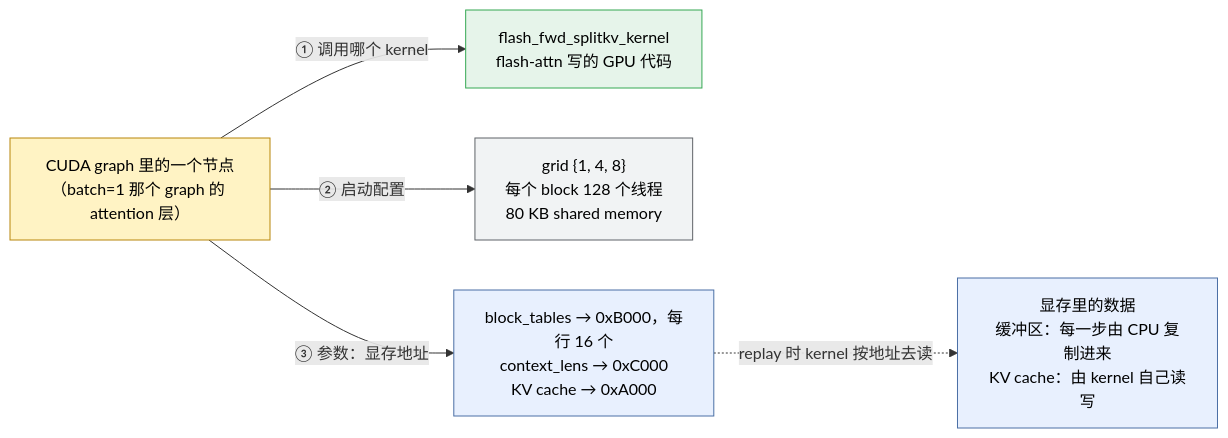
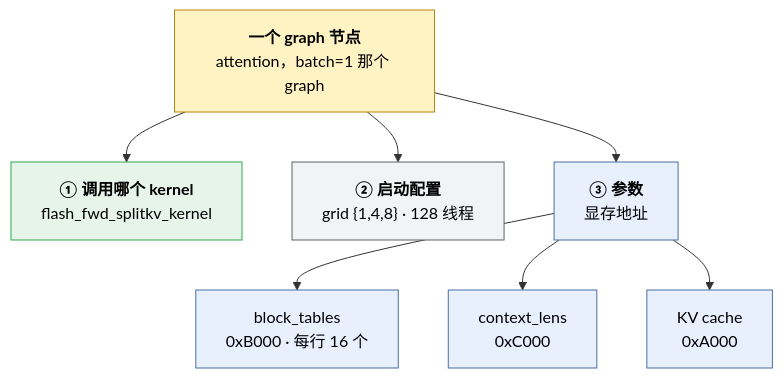
The first of 3 diagrams in notes/nano-vllm/QA-cuda-graph.md (taigaoma1997/llm-infra-notes), drawn with Mermaid before and after one commit. The commit also changed other lines of this file and 1 other file, not shown here.

Commit message:
nano-vllm #190: narrower diagrams with step tables (node, startup, decode step)

````diff
--- a/notes/nano-vllm/QA-cuda-graph.md
+++ b/notes/nano-vllm/QA-cuda-graph.md
@@ -559,16 +559,18 @@
 ```mermaid
-flowchart LR
-  N["CUDA graph 里的一个节点<br/>（batch=1 那个 graph 的 attention 层）"]
-  N -->|"① 调用哪个 kernel"| K["flash_fwd_splitkv_kernel<br/>flash-attn 写的 GPU 代码"]
-  N -->|"② 启动配置"| C["grid {1, 4, 8}<br/>每个 block 128 个线程<br/>80 KB shared memory"]
-  N -->|"③ 参数：显存地址"| A["block_tables → 0xB000，每行 16 个<br/>context_lens → 0xC000<br/>KV cache → 0xA000"]
-  A -.->|"replay 时 kernel 按地址去读"| M["显存里的数据<br/>缓冲区：每一步由 CPU 复制进来<br/>KV cache：由 kernel 自己读写"]
+flowchart TD
+  N["<b>一个 graph 节点</b><br/>attention，batch=1 那个 graph"]
+  N --> K["<b>① 调用哪个 kernel</b><br/>flash_fwd_splitkv_kernel"]
+  N --> C["<b>② 启动配置</b><br/>grid {1,4,8} · 128 线程"]
+  N --> A["<b>③ 参数</b><br/>显存地址"]
+  A --> B1["block_tables<br/>0xB000 · 每行 16 个"]
+  A --> B2["context_lens<br/>0xC000"]
+  A --> B3["KV cache<br/>0xA000"]
   classDef node fill:#fff3c4,stroke:#b8860b,color:#000
   classDef code fill:#e6f4ea,stroke:#34a853,color:#000
   classDef cfg fill:#f1f3f4,stroke:#5f6368,color:#000
   classDef mem fill:#e8f0fe,stroke:#4a6fa5,color:#000
   class N node
   class K code
   class C cfg
-  class A,M mem
+  class A,B1,B2,B3 mem
 ```
````
